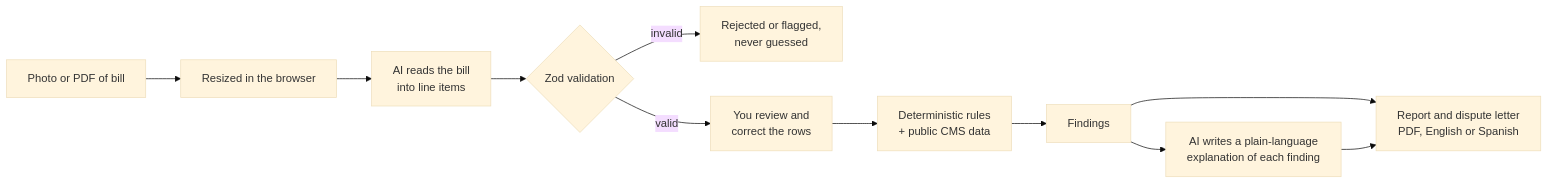
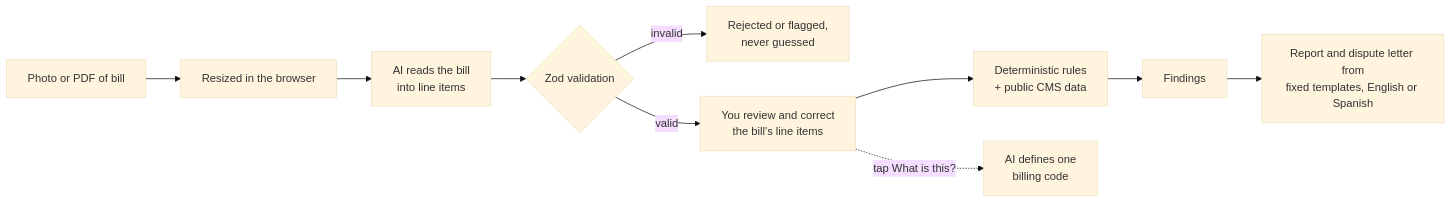
The diagram in README.md (Kero105/unbundle), drawn with Mermaid (base theme) before and after one commit. The commit also changed other lines of this file and 4 other files, not shown here.

````diff
--- a/README.md
+++ b/README.md
@@ -21,13 +21,12 @@
 ```mermaid
 flowchart LR
     A[Photo or PDF of bill] --> B[Resized in the browser]
     B --> C[AI reads the bill<br/>into line items]
     C --> D{Zod validation}
     D -- invalid --> X[Rejected or flagged,<br/>never guessed]
-    D -- valid --> E[You review and<br/>correct the rows]
+    D -- valid --> E[You review and correct<br/>the bill's line items]
     E --> F[Deterministic rules<br/>+ public CMS data]
     F --> G[Findings]
-    G --> H[AI writes a plain-language<br/>explanation of each finding]
-    G --> I[Report and dispute letter<br/>PDF, English or Spanish]
-    H --> I
+    G --> I[Report and dispute letter from<br/>fixed templates, English or Spanish]
+    E -. tap What is this? .-> J[AI defines one<br/>billing code]
 ```
````
